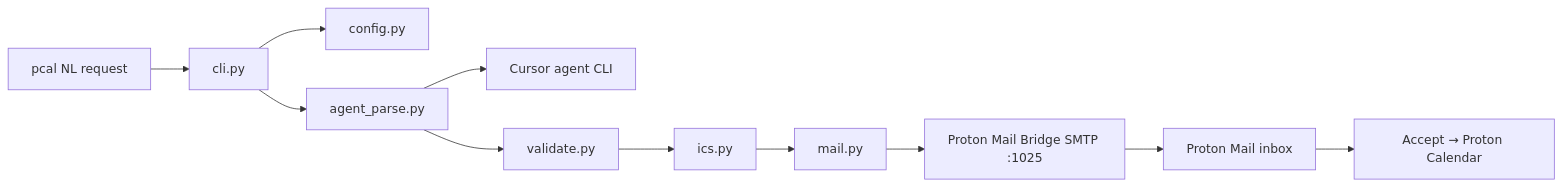
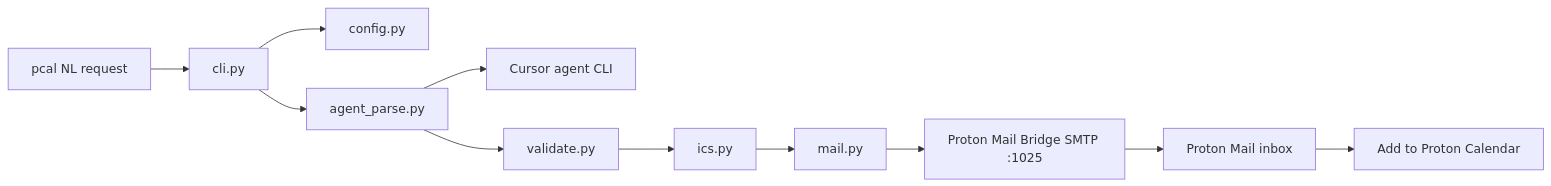
One commit to jdserenity/pcal changed the diagram in scaffold/CODEMAP-HUMAN.md. Above: the diagram before and after it, drawn with Mermaid. The commit also changed other lines of this file and 3 other files, not shown here.

Commit message:
Update docs for PUBLISH flow, all-day events, and Add to Calendar UX.

````diff
--- a/scaffold/CODEMAP-HUMAN.md
+++ b/scaffold/CODEMAP-HUMAN.md
@@ -34,13 +34,13 @@
 ```mermaid
 flowchart LR
   User["pcal NL request"] --> cli.py
   cli.py --> config.py
   cli.py --> agent_parse.py
   agent_parse.py --> AgentCLI["Cursor agent CLI"]
   agent_parse.py --> validate.py
   validate.py --> ics.py
   ics.py --> mail.py
   mail.py --> Bridge["Proton Mail Bridge SMTP :1025"]
   Bridge --> Proton["Proton Mail inbox"]
-  Proton --> Cal["Accept → Proton Calendar"]
+  Proton --> Cal["Add to Proton Calendar"]
 ```
````
